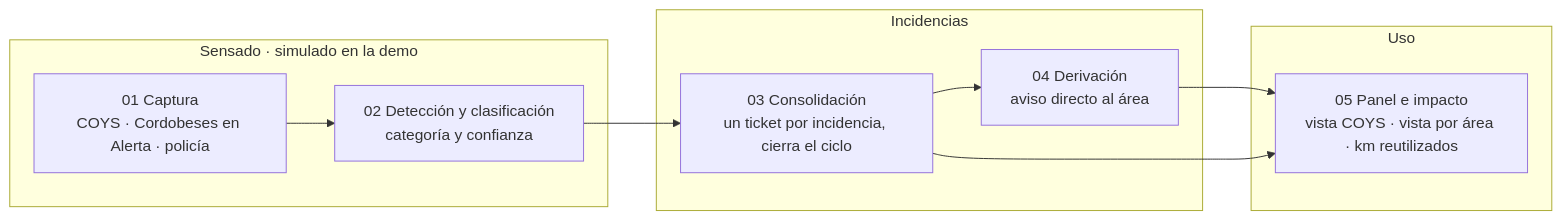
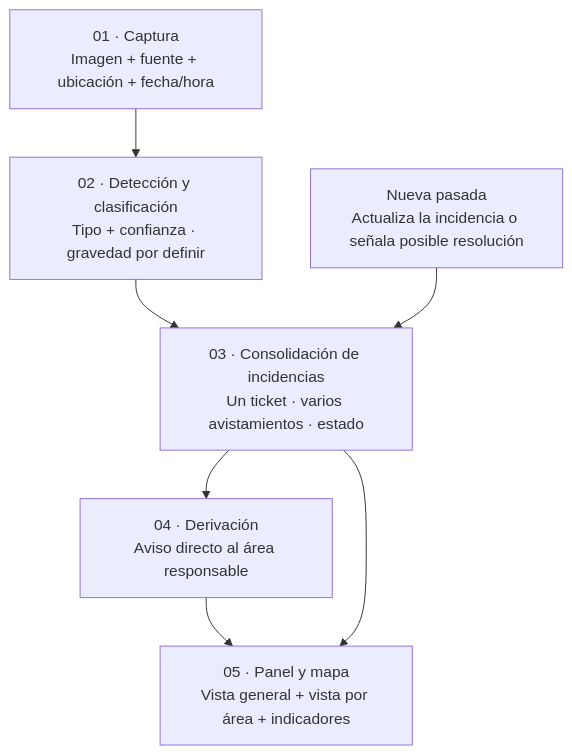
Before and after one commit to NachoSamo/Hack2theFuture-CordobaTechWeek: the diagram in README.md, drawn with Mermaid. The commit also changed other lines of this file and 2 other files, not shown here.

````diff
--- a/README.md
+++ b/README.md
@@ -74,16 +38,14 @@
 ```mermaid
-flowchart LR
-    subgraph Sensado[Sensado · simulado en la demo]
-        A[01 Captura<br/>COYS · Cordobeses en Alerta · policía]
-        B[02 Detección y clasificación<br/>categoría y confianza]
-    end
-    subgraph Incidencias[Incidencias]
-        C[03 Consolidación<br/>un ticket por incidencia, cierra el ciclo]
-        D[04 Derivación<br/>aviso directo al área]
-    end
-    subgraph Uso[Uso]
-        E[05 Panel e impacto<br/>vista COYS · vista por área · km reutilizados]
-    end
-    A --> B --> C --> D --> E
+flowchart TD
+    A["01 · Captura<br/>Imagen + fuente + ubicación + fecha/hora"]
+    B["02 · Detección y clasificación<br/>Tipo + confianza · gravedad por definir"]
+    C["03 · Consolidación de incidencias<br/>Un ticket · varios avistamientos · estado"]
+    D["04 · Derivación<br/>Aviso directo al área responsable"]
+    E["05 · Panel y mapa<br/>Vista general + vista por área + indicadores"]
+    F["Nueva pasada<br/>Actualiza la incidencia o señala posible resolución"]
+
+    A --> B --> C
+    C --> D --> E
     C --> E
+    F --> C
 ```
````
